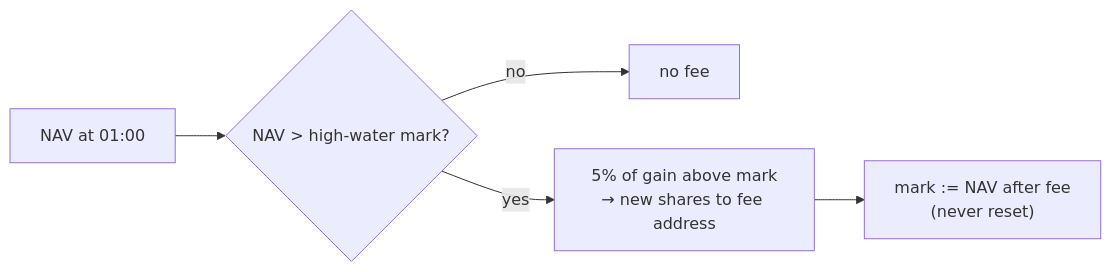
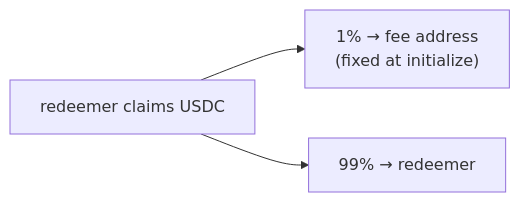
Before and after one commit to 0xnex/tide: the ninth of 14 diagrams in README.md, drawn with Mermaid. The commit also changed other lines of this file and 8 other files, not shown here.

First line of the commit message:
docs: execution-based shares, cbBTC signal, 1% withdrawal fee

````diff
--- a/README.md
+++ b/README.md
@@ -150,7 +147,5 @@
 ```mermaid
 flowchart LR
-  N["NAV at 01:00"] --> Q{"NAV > high-water mark?"}
-  Q -- no --> X["no fee"]
-  Q -- yes --> F["5% of gain above mark<br/>→ new shares to fee address"]
-  F --> H["mark := NAV after fee<br/>(never reset)"]
+  C["redeemer claims USDC"] --> F["1% → fee address<br/>(fixed at initialize)"]
+  C --> U["99% → redeemer"]
 ```
````
